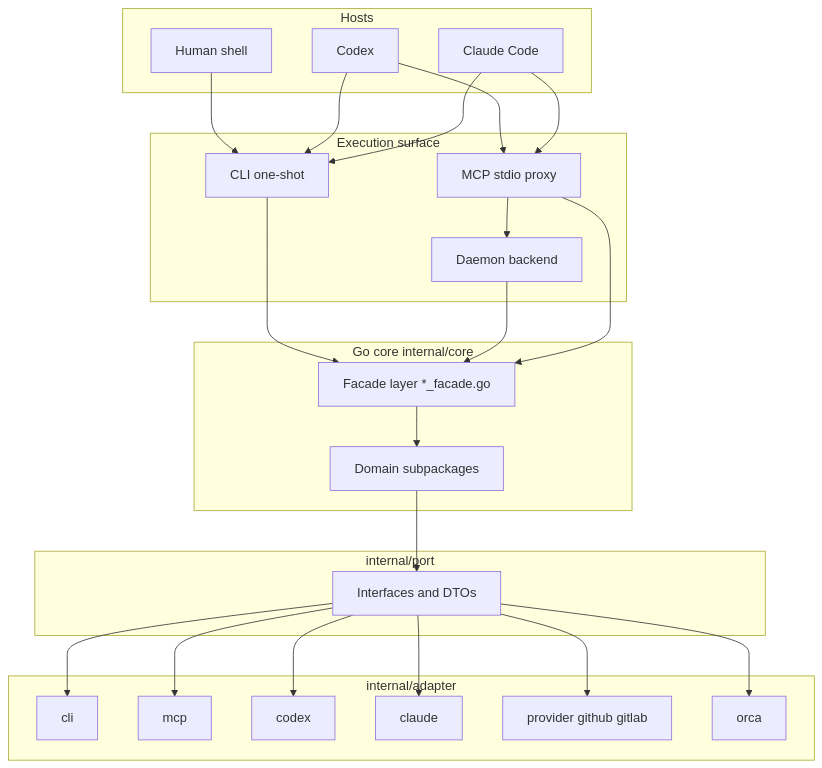
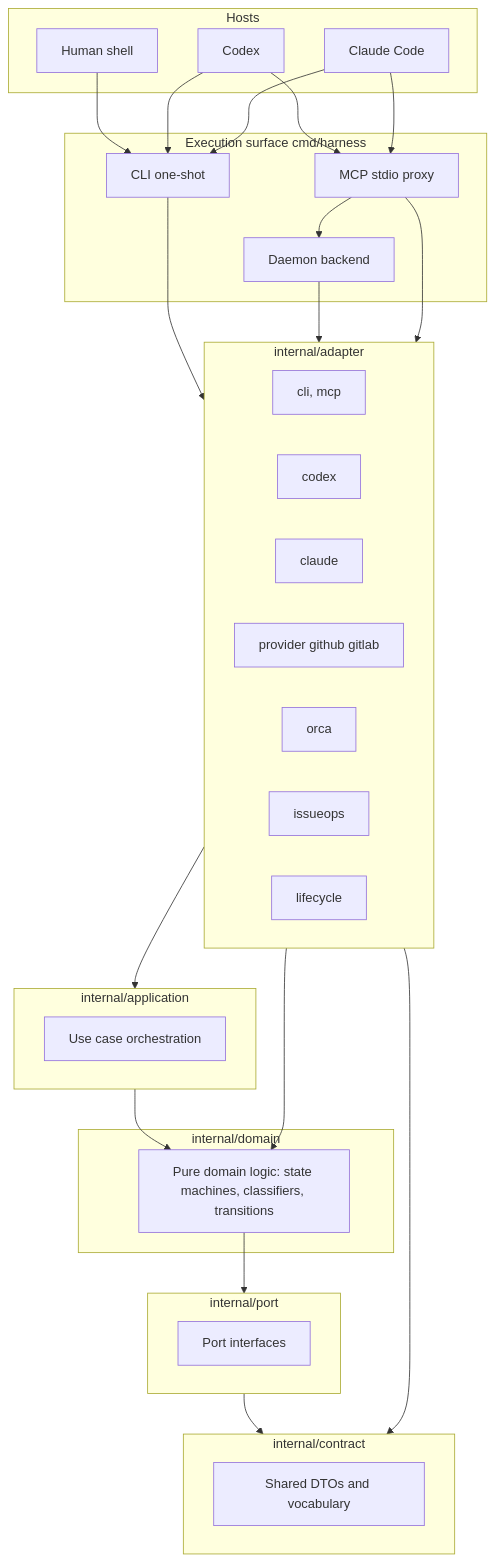
One commit to m16khb-org/agent-harness changed the diagram in openwiki/architecture/overview.md. Above: the diagram before and after it, drawn with Mermaid. The commit also changed other lines of this file and 8 other files, not shown here.

````diff
--- a/openwiki/architecture/overview.md
+++ b/openwiki/architecture/overview.md
@@ -26,52 +26,58 @@
 ```mermaid
 flowchart TD
     subgraph Hosts
         Codex["Codex"]
         Claude["Claude Code"]
         Shell["Human shell"]
     end
 
-    subgraph Surface["Execution surface"]
+    subgraph Surface["Execution surface cmd/harness"]
         CLI["CLI one-shot"]
         MCP["MCP stdio proxy"]
         Daemon["Daemon backend"]
     end
 
-    subgraph Core["Go core internal/core"]
-        Facade["Facade layer *_facade.go"]
-        Sub["Domain subpackages"]
+    subgraph DomainLayer["internal/domain"]
+        DomainLogic["Pure domain logic: state machines, classifiers, transitions"]
     end
 
-    subgraph Ports["internal/port"]
-        Interfaces["Interfaces and DTOs"]
+    subgraph AppLayer["internal/application"]
+        UseCases["Use case orchestration"]
+    end
+
+    subgraph PortsLayer["internal/port"]
+        Interfaces["Port interfaces"]
     end
 
     subgraph Adapters["internal/adapter"]
-        CliAdapter["cli"]
-        McpAdapter["mcp"]
+        CliAdapter["cli, mcp"]
         CodexAdapter["codex"]
         ClaudeAdapter["claude"]
         Provider["provider github gitlab"]
         Orca["orca"]
+        IssueOps["issueops"]
+        Lifecycle["lifecycle"]
+    end
+
+    subgraph Contracts["internal/contract"]
+        DTOs["Shared DTOs and vocabulary"]
     end
 
     Codex --> MCP
     Claude --> MCP
     Shell --> CLI
     Codex --> CLI
     Claude --> CLI
 
     MCP --> Daemon
-    CLI --> Facade
-    Daemon --> Facade
-    MCP --> Facade
+    CLI --> Adapters
+    Daemon --> Adapters
+    MCP --> Adapters
 
-    Facade --> Sub
-    Sub --> Interfaces
-    Interfaces --> CliAdapter
-    Interfaces --> McpAdapter
-    Interfaces --> CodexAdapter
-    Interfaces --> ClaudeAdapter
-    Interfaces --> Provider
-    Interfaces --> Orca
+    Adapters --> AppLayer
+    AppLayer --> DomainLogic
+    Adapters --> DomainLogic
+    DomainLogic --> PortsLayer
+    PortsLayer --> Contracts
+    Adapters --> Contracts
 ```
````
